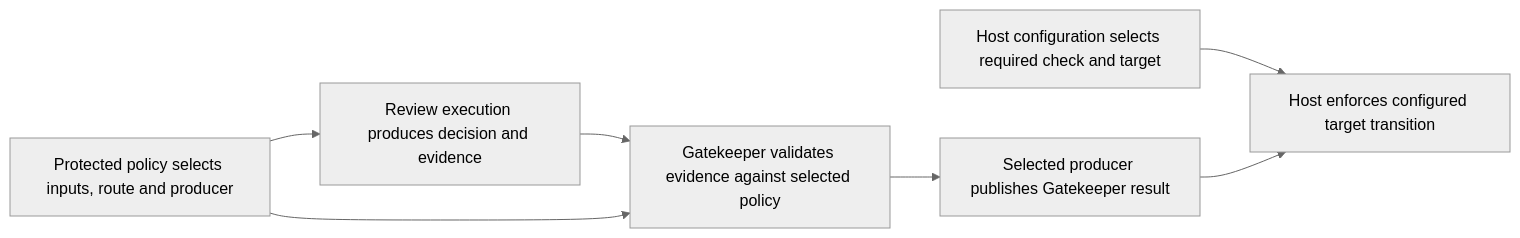
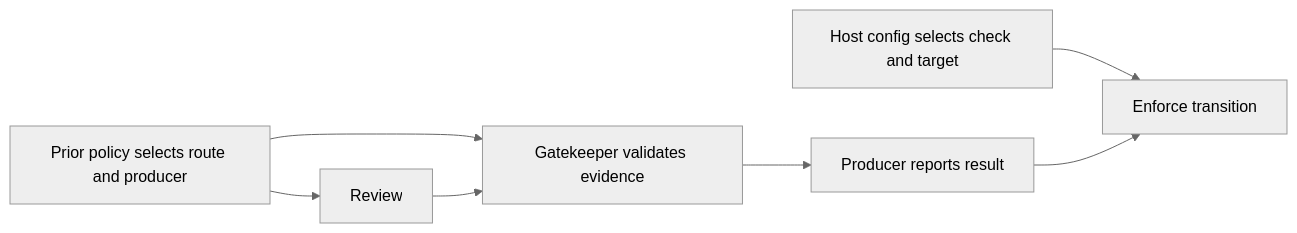
Before and after one commit to flair-agency/architecture-gatekeeper: the first of 3 diagrams in docs/architecture.md, drawn with Mermaid (neutral theme). The commit also changed other lines of this file, not shown here.

````diff
--- a/docs/architecture.md
+++ b/docs/architecture.md
@@ -222,9 +211,9 @@
 ```mermaid
 flowchart LR
-    P[Protected policy selects inputs, route and producer] --> R[Review execution produces decision and evidence]
-    R --> V[Gatekeeper validates evidence against selected policy]
-    P --> V
-    V --> T[Selected producer publishes Gatekeeper result]
-    C[Host configuration selects required check and target] --> H[Host enforces configured target transition]
-    T --> H
+P[Prior policy selects route and producer] --> R[Review]
+P --> V
+R --> V[Gatekeeper validates evidence]
+V --> T[Producer reports result]
+C[Host config selects check and target] --> H[Enforce transition]
+T --> H
 ```
````
